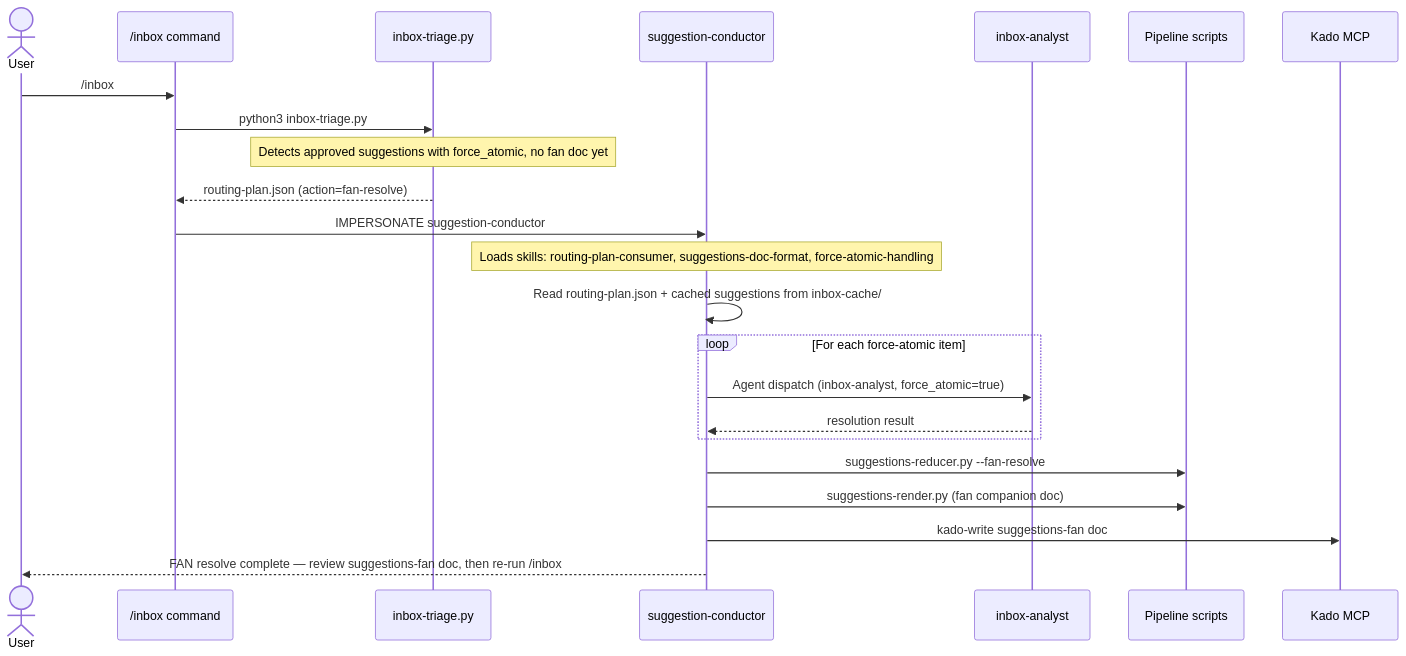
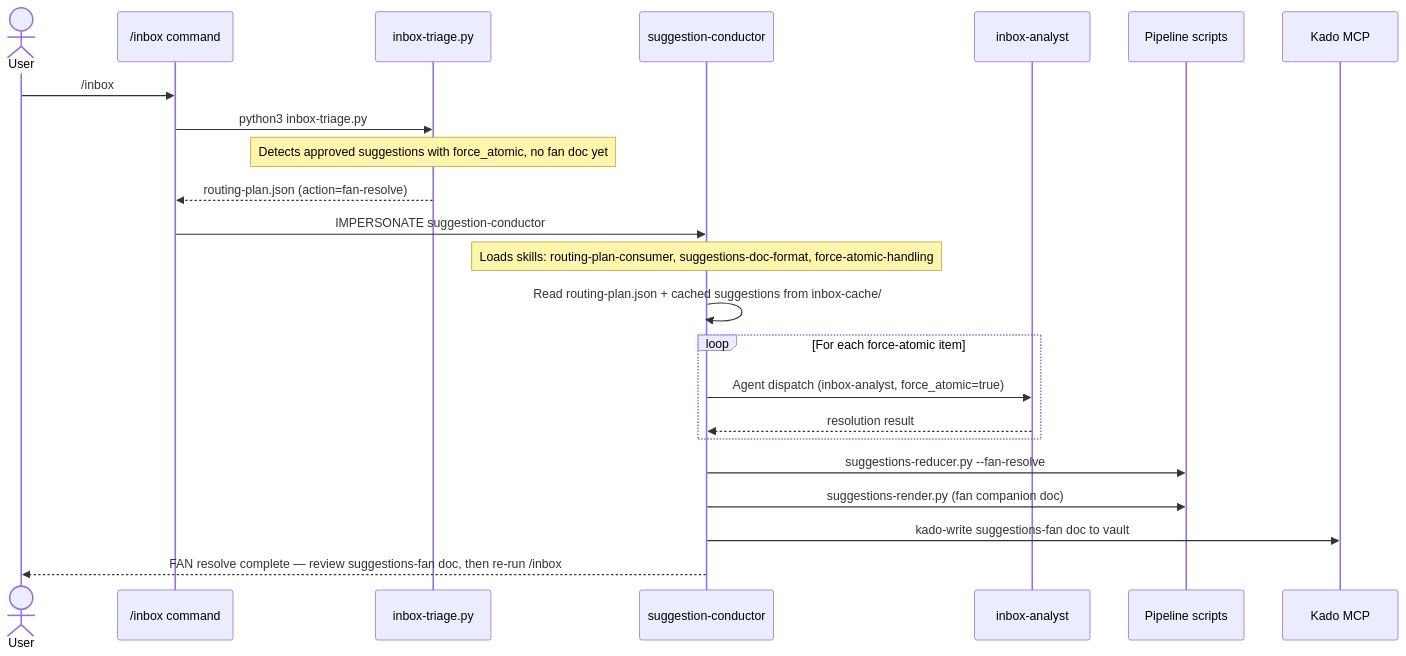
The fourth of 5 diagrams in docs/XDD/specs/018-agent-architecture-cleanup/solution.md (MMoMM-org/miyo-tomo), drawn with Mermaid before and after one commit. The commit also changed other lines of this file, not shown here.

````diff
--- a/docs/XDD/specs/018-agent-architecture-cleanup/solution.md
+++ b/docs/XDD/specs/018-agent-architecture-cleanup/solution.md
@@ -756,26 +757,26 @@
 ```mermaid
 sequenceDiagram
     actor User
     participant Inbox as /inbox command
     participant Triage as inbox-triage.py
     participant SC as suggestion-conductor
     participant IA as inbox-analyst
     participant Scripts as Pipeline scripts
     participant Kado as Kado MCP
 
     User->>Inbox: /inbox
     Inbox->>Triage: python3 inbox-triage.py
     Note over Triage: Detects approved suggestions with force_atomic, no fan doc yet
     Triage-->>Inbox: routing-plan.json (action=fan-resolve)
     Inbox->>SC: IMPERSONATE suggestion-conductor
     Note over SC: Loads skills: routing-plan-consumer, suggestions-doc-format, force-atomic-handling
     SC->>SC: Read routing-plan.json + cached suggestions from inbox-cache/
     loop For each force-atomic item
         SC->>IA: Agent dispatch (inbox-analyst, force_atomic=true)
         IA-->>SC: resolution result
     end
     SC->>Scripts: suggestions-reducer.py --fan-resolve
     SC->>Scripts: suggestions-render.py (fan companion doc)
-    SC->>Kado: kado-write suggestions-fan doc
+    SC->>Kado: kado-write suggestions-fan doc to vault
     SC-->>User: FAN resolve complete — review suggestions-fan doc, then re-run /inbox
 ```
````
